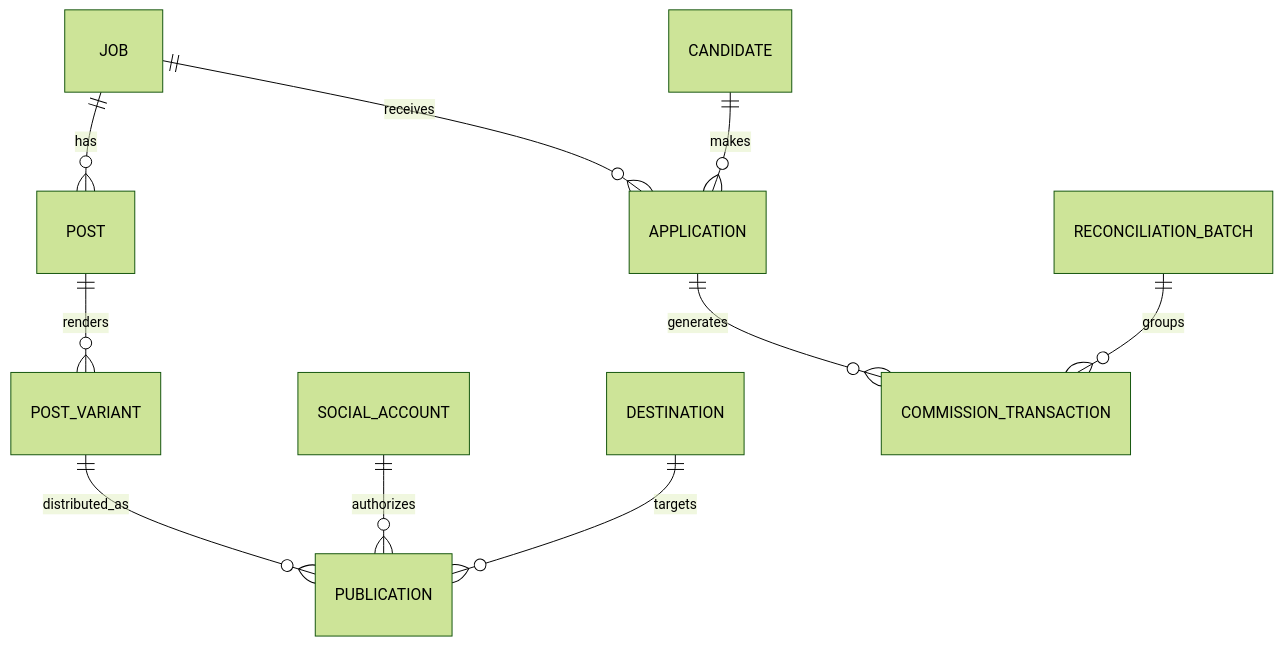
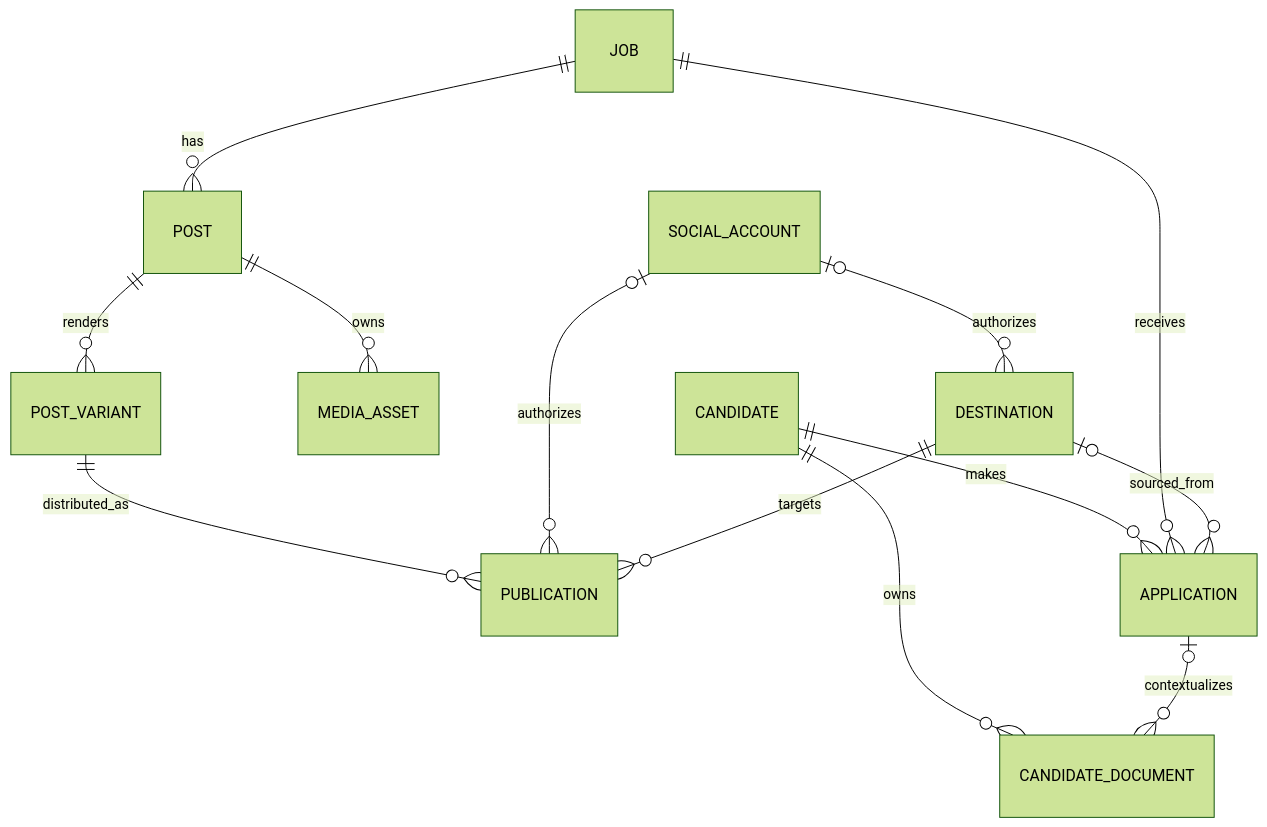
One commit to vitoo16/recruitops-platform changed the diagram in docs/diagrams/database-erd.md. Above: the diagram before and after it, drawn with Mermaid (forest theme). The commit also changed other lines of this file and 11 other files, not shown here.

````diff
--- a/docs/diagrams/database-erd.md
+++ b/docs/diagrams/database-erd.md
@@ -3,12 +5,15 @@
 ```mermaid
 erDiagram
     JOB ||--o{ POST : has
     POST ||--o{ POST_VARIANT : renders
+    POST ||--o{ MEDIA_ASSET : owns
     POST_VARIANT ||--o{ PUBLICATION : distributed_as
-    SOCIAL_ACCOUNT ||--o{ PUBLICATION : authorizes
+    SOCIAL_ACCOUNT o|--o{ DESTINATION : authorizes
+    SOCIAL_ACCOUNT o|--o{ PUBLICATION : authorizes
     DESTINATION ||--o{ PUBLICATION : targets
     CANDIDATE ||--o{ APPLICATION : makes
     JOB ||--o{ APPLICATION : receives
-    APPLICATION ||--o{ COMMISSION_TRANSACTION : generates
-    RECONCILIATION_BATCH ||--o{ COMMISSION_TRANSACTION : groups
+    DESTINATION o|--o{ APPLICATION : sourced_from
+    CANDIDATE ||--o{ CANDIDATE_DOCUMENT : owns
+    APPLICATION o|--o{ CANDIDATE_DOCUMENT : contextualizes
 ```
````
